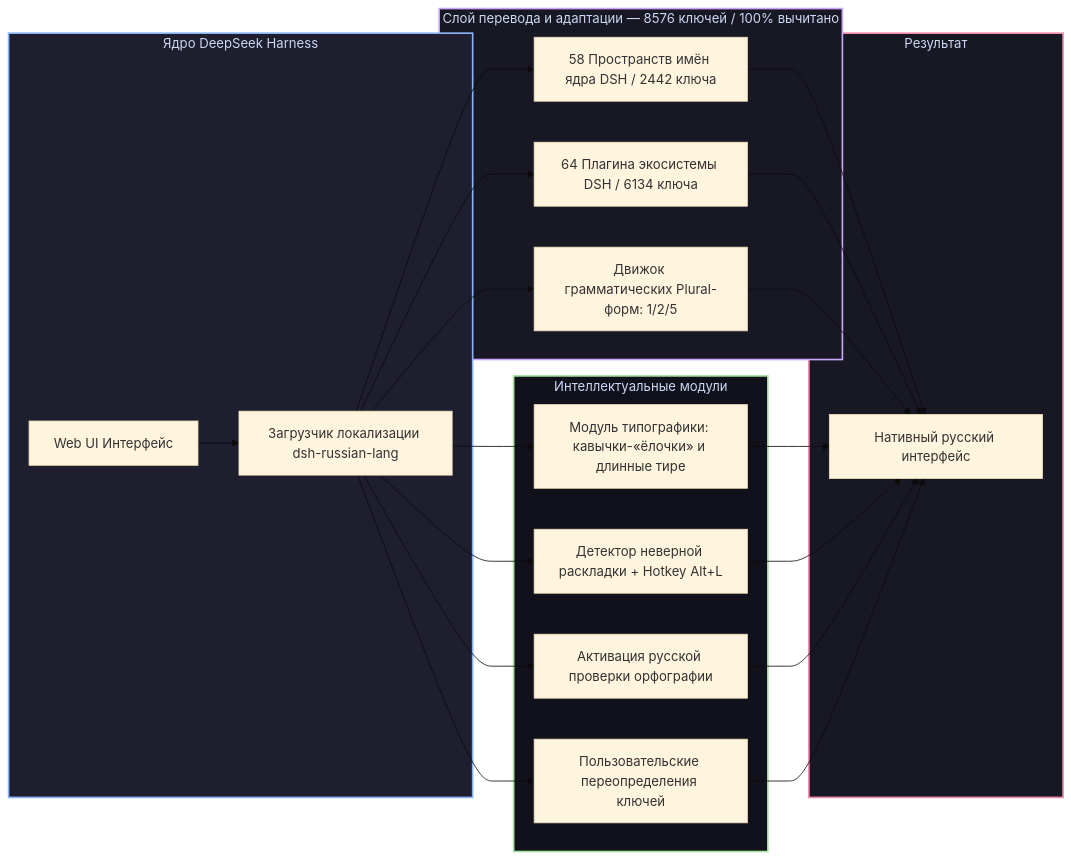
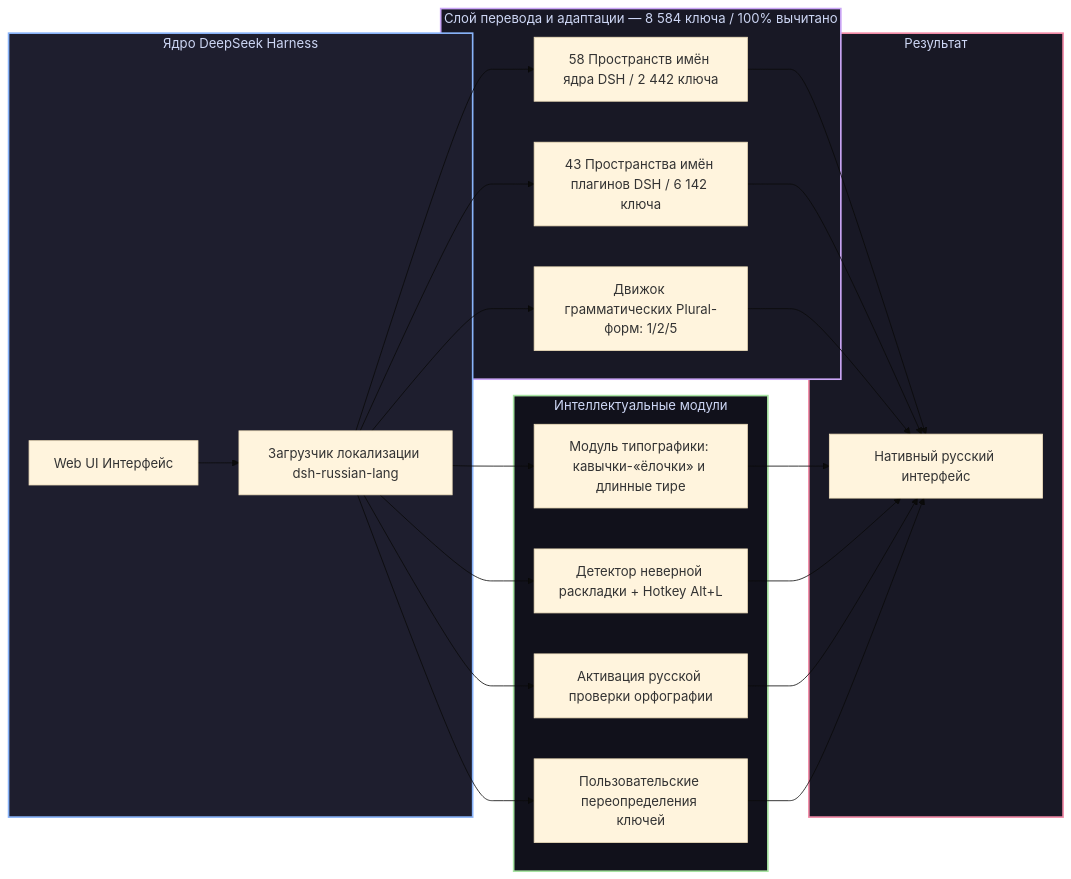
One commit to GooDAnDReaDY/dsh-russian-lang changed the diagram in README.md. Above: the diagram before and after it, drawn with Mermaid (base theme). The commit also changed other lines of this file and 5 other files, not shown here.

````diff
--- a/README.md
+++ b/README.md
@@ -49,34 +49,34 @@
 ```mermaid
 graph LR
     subgraph DSHCore [Ядро DeepSeek Harness]
         DSH[Web UI Интерфейс] --> Loader[Загрузчик локализации dsh-russian-lang]
     end
 
-    subgraph TranslationLayer [Слой перевода и адаптации — 8576 ключей / 100% вычитано]
-        Loader --> CoreDict[58 Пространств имён ядра DSH / 2442 ключа]
-        Loader --> PluginDict[64 Плагина экосистемы DSH / 6134 ключа]
+    subgraph TranslationLayer [Слой перевода и адаптации — 8 584 ключа / 100% вычитано]
+        Loader --> CoreDict[58 Пространств имён ядра DSH / 2 442 ключа]
+        Loader --> PluginDict[43 Пространства имён плагинов DSH / 6 142 ключа]
         Loader --> PluralEngine[Движок грамматических Plural-форм: 1/2/5]
     end
 
     subgraph SmartFeatures [Интеллектуальные модули]
         Loader --> Typo[Модуль типографики: кавычки-«ёлочки» и длинные тире]
         Loader --> LayoutFix[Детектор неверной раскладки + Hotkey Alt+L]
         Loader --> Spell[Активация русской проверки орфографии]
         Loader --> Overrides[Пользовательские переопределения ключей]
     end
 
     subgraph Result [Результат]
         CoreDict --> NativeUI[Нативный русский интерфейс]
         PluginDict --> NativeUI
         PluralEngine --> NativeUI
         Typo --> NativeUI
         LayoutFix --> NativeUI
         Spell --> NativeUI
         Overrides --> NativeUI
     end
 
     style DSHCore fill:#1e1e2e,stroke:#89b4fa,stroke-width:2px,color:#cdd6f4
     style TranslationLayer fill:#181825,stroke:#cba6f7,stroke-width:2px,color:#cdd6f4
     style SmartFeatures fill:#11111b,stroke:#a6e3a1,stroke-width:2px,color:#cdd6f4
     style Result fill:#181825,stroke:#f38ba8,stroke-width:2px,color:#cdd6f4
 ```
````
